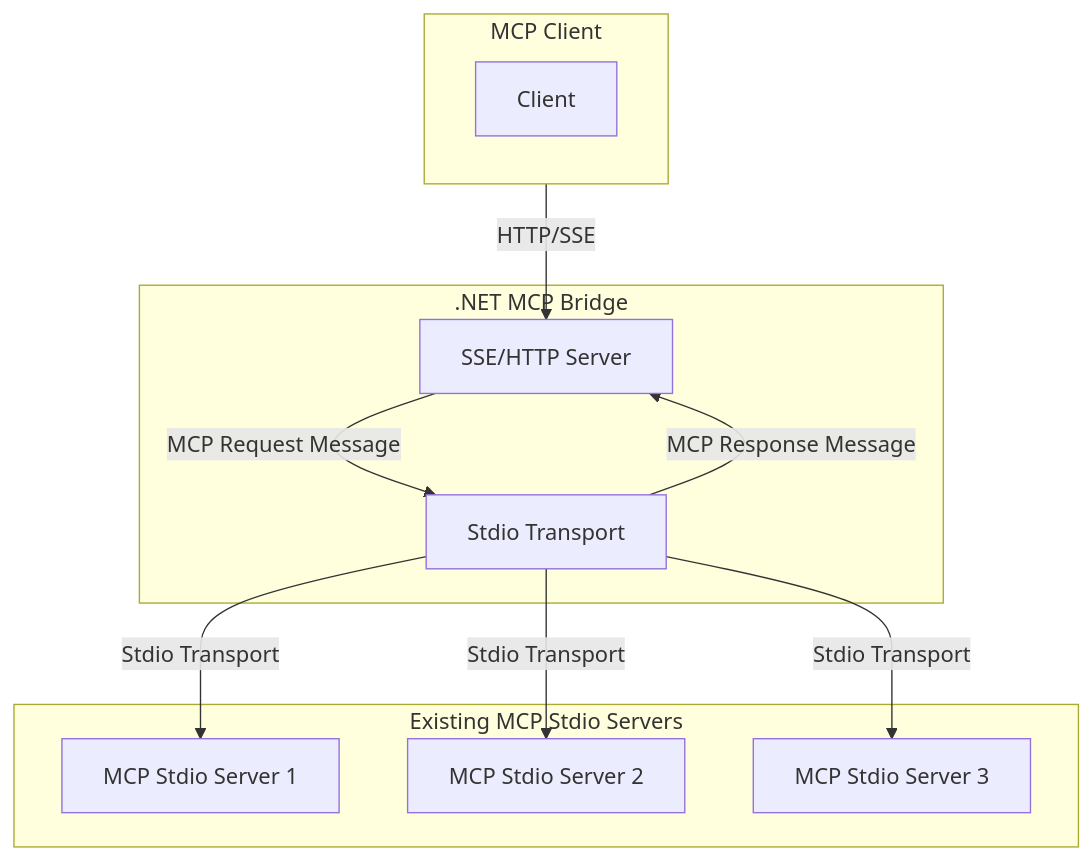
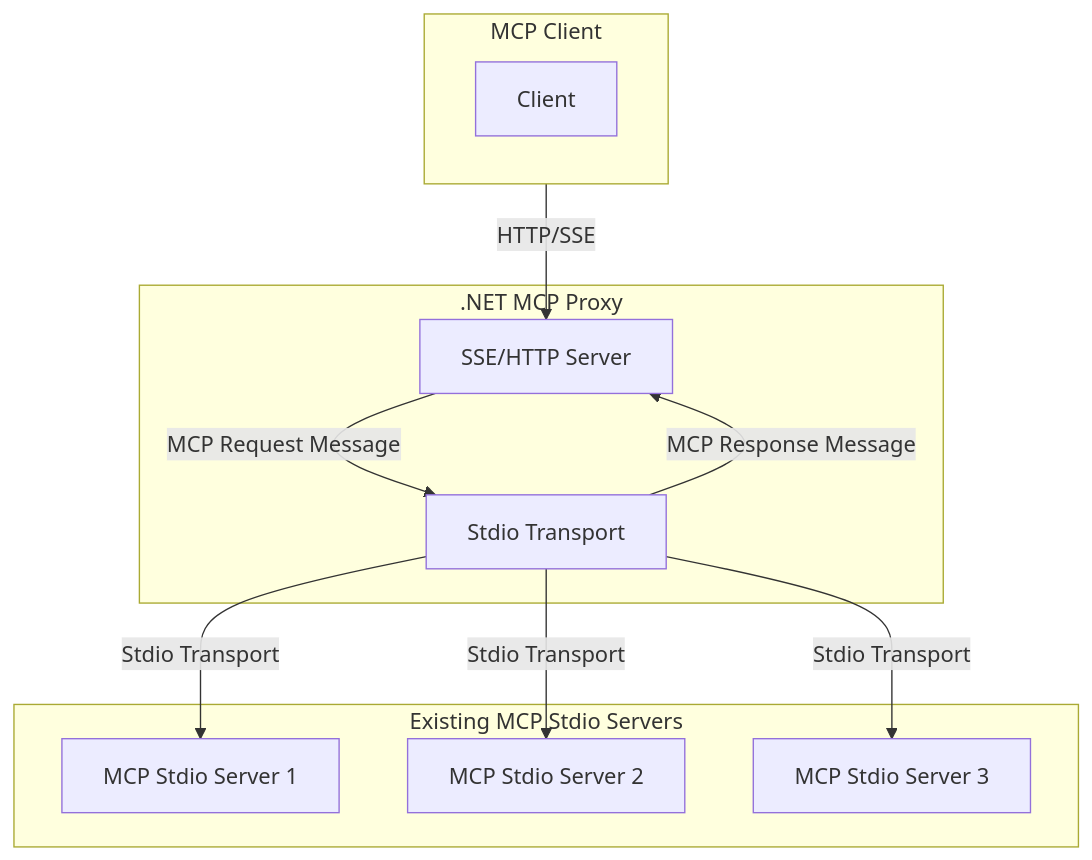
One commit to shuaihuadu/McpProxy.Net changed the diagram in doc/design.md. Above: the diagram before and after it, drawn with Mermaid. The commit also changed 4 other files, not shown here.

````diff
--- a/doc/design.md
+++ b/doc/design.md
@@ -5,25 +5,25 @@
 ```mermaid
 
 flowchart TD
     subgraph C [MCP Client]
         Client
     end
 
-    subgraph B [.NET MCP Bridge]
+    subgraph B [.NET MCP Proxy]
         B1[SSE/HTTP Server]
         B2[Stdio Transport]
         B1 -- MCP Request Message --> B2
         B2 -- MCP Response Message --> B1
     end
 
     subgraph S [Existing MCP Stdio Servers]
         S1[MCP Stdio Server 1]
         S2[MCP Stdio Server 2]
         S3[MCP Stdio Server 3]
     end
 
     C -- HTTP/SSE --> B1
     B2 -- Stdio Transport --> S1
     B2 -- Stdio Transport --> S2
     B2 -- Stdio Transport --> S3
 ```
````
